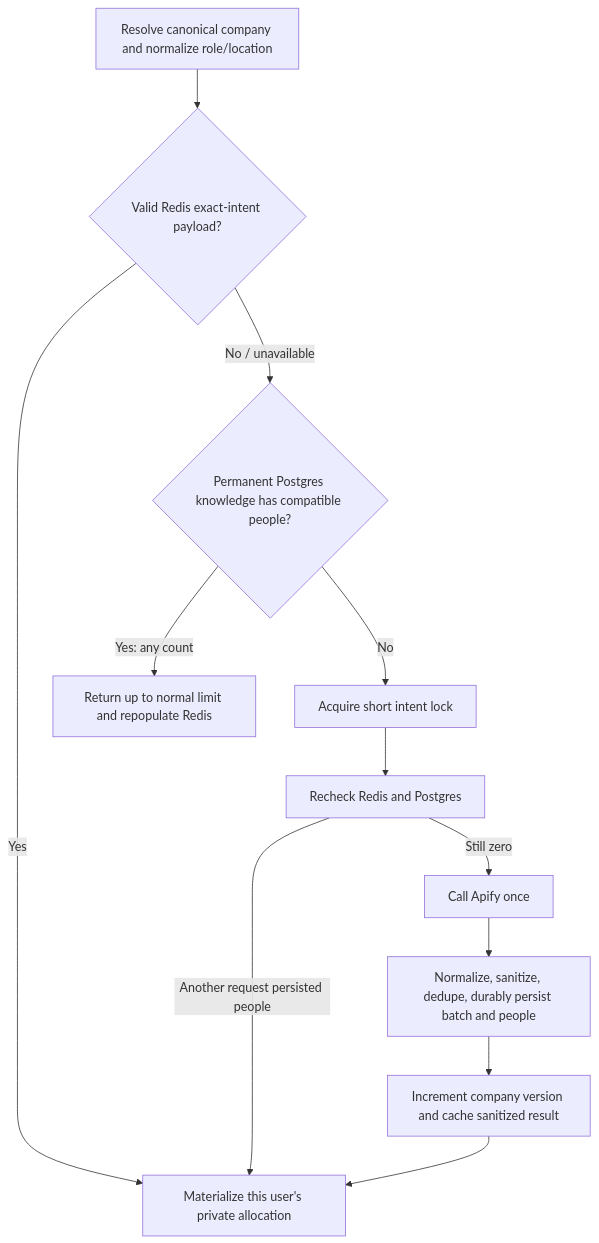
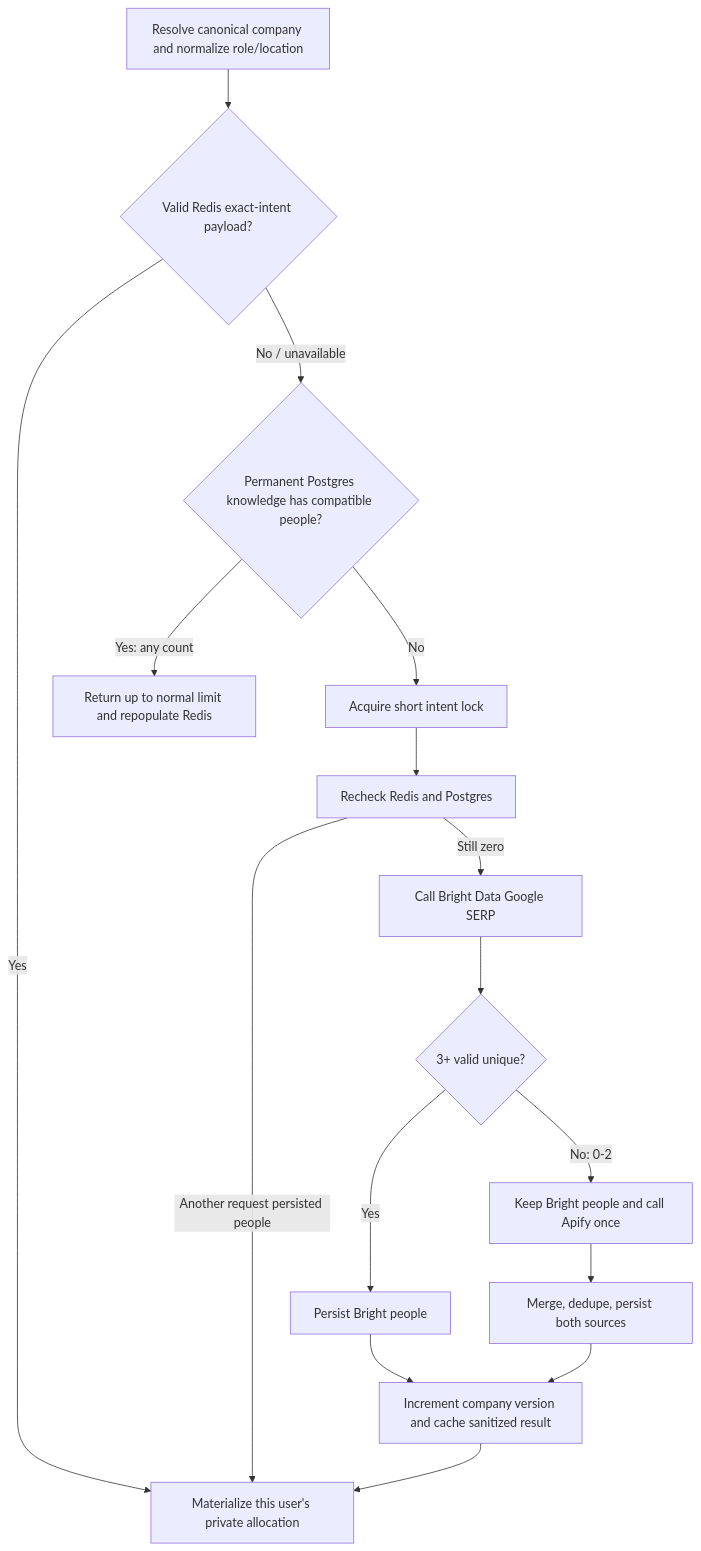
The fifth of 5 diagrams in README.md (ka8540/Sendloom), drawn with Mermaid before and after one commit. The commit also changed other lines of this file and 24 other files, not shown here.

Commit message:
Add Bright Data discovery before Apify fallback

````diff
--- a/README.md
+++ b/README.md
@@ -250,14 +251,18 @@
 ```mermaid
 flowchart TD
     A[Resolve canonical company and normalize role/location] --> B{Valid Redis exact-intent payload?}
     B -- Yes --> C[Materialize this user's private allocation]
     B -- No / unavailable --> D{Permanent Postgres knowledge has compatible people?}
     D -- Yes: any count --> E[Return up to normal limit and repopulate Redis]
     D -- No --> F[Acquire short intent lock]
     F --> G[Recheck Redis and Postgres]
     G -- Another request persisted people --> C
-    G -- Still zero --> H[Call Apify once]
-    H --> I[Normalize, sanitize, dedupe, durably persist batch and people]
-    I --> J[Increment company version and cache sanitized result]
+    G -- Still zero --> H[Call Bright Data Google SERP]
+    H --> I{3+ valid unique?}
+    I -- Yes --> M[Persist Bright people]
+    I -- No: 0-2 --> K[Keep Bright people and call Apify once]
+    K --> L[Merge, dedupe, persist both sources]
+    M --> J[Increment company version and cache sanitized result]
+    L --> J
     J --> C
 ```
````
